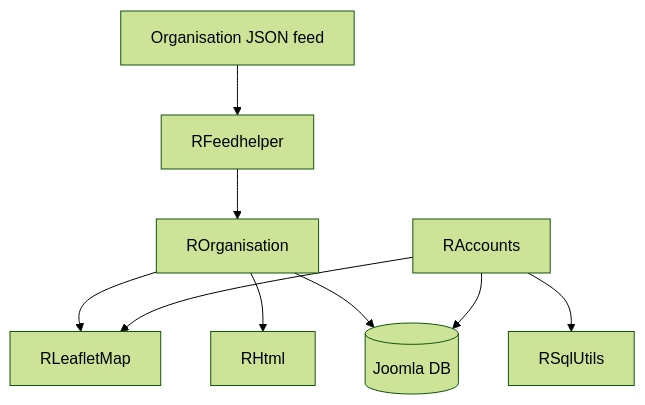
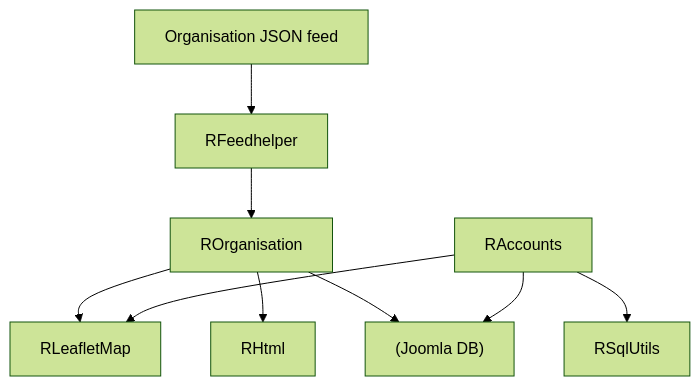
Diagram 11 of 15 in architecture.md (pauljrhodes/ramblers-library), drawn with Mermaid (forest theme) before and after one commit. The commit also changed other lines of this file and 33 other files, not shown here.

First line of the commit message:
Normalize Mermaid diagrams for GitHub rendering (#13)

````diff
--- a/architecture.md
+++ b/architecture.md
@@ -722,12 +722,12 @@
 ```mermaid
 flowchart TB
   OrgFeed[Organisation JSON feed] --> FH[RFeedhelper]
   FH --> Org[ROrganisation]
   Org --> Map[RLeafletMap]
   Org --> Html[RHtml]
 
-  Org --> DB[(Joomla DB)]
+  Org --> DB["(Joomla DB)"]
   Acc[RAccounts] --> DB
   Acc --> Sql[RSqlUtils]
   Acc --> Map
 ```
````
